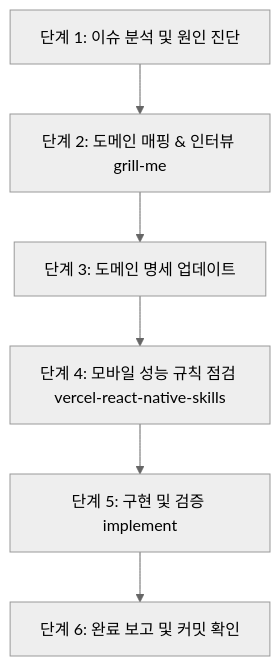
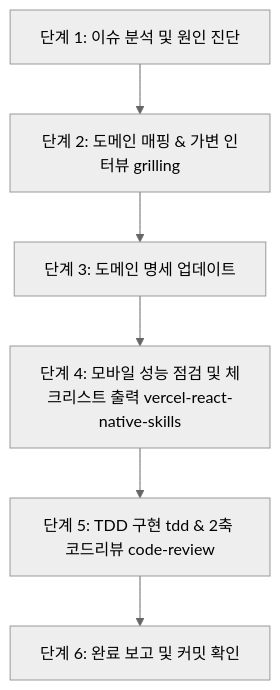
One commit to inpiniti/financial-app changed the diagram in .agents/skills/handle-issue/SKILL.md. Above: the diagram before and after it, drawn with Mermaid (neutral theme). The commit also changed other lines of this file and 4 other files, not shown here.

````diff
--- a/.agents/skills/handle-issue/SKILL.md
+++ b/.agents/skills/handle-issue/SKILL.md
@@ -35,8 +36,8 @@
 ```mermaid
 flowchart TD
-    A[단계 1: 이슈 분석 및 원인 진단] --> B[단계 2: 도메인 매핑 & 인터뷰 grill-me]
+    A[단계 1: 이슈 분석 및 원인 진단] --> B[단계 2: 도메인 매핑 & 가변 인터뷰 grilling]
     B --> C[단계 3: 도메인 명세 업데이트]
-    C --> D[단계 4: 모바일 성능 규칙 점검 vercel-react-native-skills]
-    D --> E[단계 5: 구현 및 검증 implement]
+    C --> D[단계 4: 모바일 성능 점검 및 체크리스트 출력 vercel-react-native-skills]
+    D --> E[단계 5: TDD 구현 tdd & 2축 코드리뷰 code-review]
     E --> F[단계 6: 완료 보고 및 커밋 확인]
 ```
````
